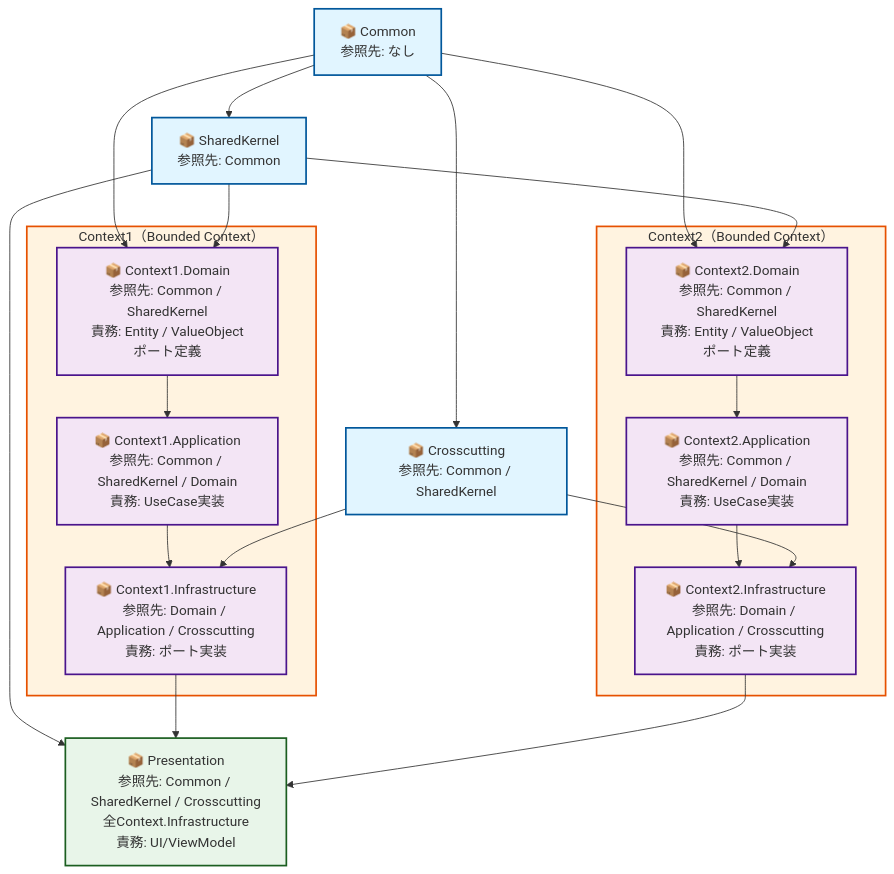
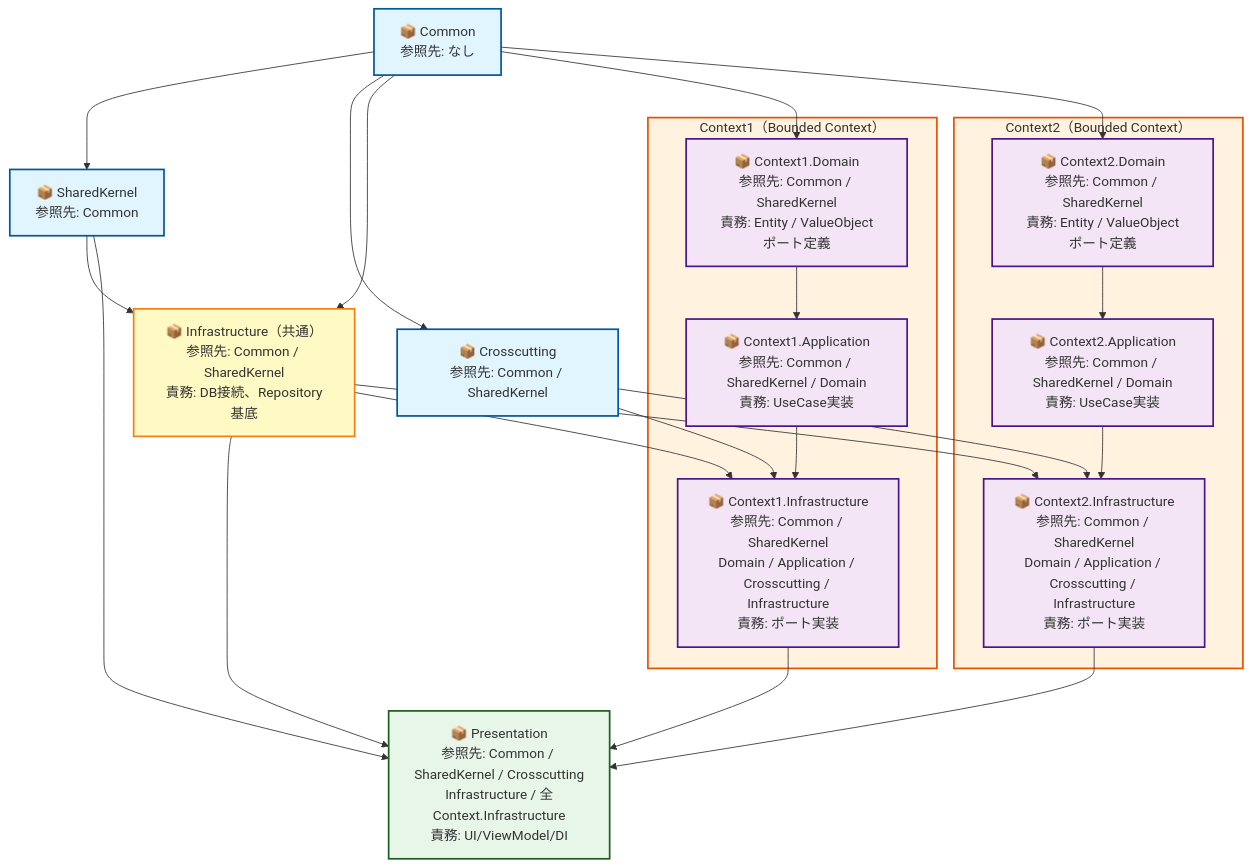
The diagram in AGENTS.md (0310-39yo/SupportAdvance), drawn with Mermaid before and after one commit. The commit also changed other lines of this file and 9 other files, not shown here.

````diff
--- a/AGENTS.md
+++ b/AGENTS.md
@@ -596,47 +639,53 @@
 ```mermaid
 graph TB
     Common["📦 Common<br/>参照先: なし"]
     
     SK["📦 SharedKernel<br/>参照先: Common"]
     CC["📦 Crosscutting<br/>参照先: Common / SharedKernel"]
+    Infra["📦 Infrastructure（共通）<br/>参照先: Common / SharedKernel<br/>責務: DB接続、Repository基底"]
     
     subgraph Context1["Context1（Bounded Context）"]
         D1["📦 Context1.Domain<br/>参照先: Common / SharedKernel<br/>責務: Entity / ValueObject<br/>ポート定義"]
         A1["📦 Context1.Application<br/>参照先: Common / SharedKernel / Domain<br/>責務: UseCase実装"]
-        I1["📦 Context1.Infrastructure<br/>参照先: Domain / Application / Crosscutting<br/>責務: ポート実装"]
+        I1["📦 Context1.Infrastructure<br/>参照先: Common / SharedKernel<br/>Domain / Application / Crosscutting / Infrastructure<br/>責務: ポート実装"]
         D1 --> A1
         A1 --> I1
     end
     
     subgraph Context2["Context2（Bounded Context）"]
         D2["📦 Context2.Domain<br/>参照先: Common / SharedKernel<br/>責務: Entity / ValueObject<br/>ポート定義"]
         A2["📦 Context2.Application<br/>参照先: Common / SharedKernel / Domain<br/>責務: UseCase実装"]
-        I2["📦 Context2.Infrastructure<br/>参照先: Domain / Application / Crosscutting<br/>責務: ポート実装"]
+        I2["📦 Context2.Infrastructure<br/>参照先: Common / SharedKernel<br/>Domain / Application / Crosscutting / Infrastructure<br/>責務: ポート実装"]
         D2 --> A2
         A2 --> I2
     end
     
-    Pres["📦 Presentation<br/>参照先: Common / SharedKernel / Crosscutting<br/>全Context.Infrastructure<br/>責務: UI/ViewModel"]
+    Pres["📦 Presentation<br/>参照先: Common / SharedKernel / Crosscutting<br/>Infrastructure / 全Context.Infrastructure<br/>責務: UI/ViewModel/DI"]
     
     Common --> SK
     Common --> CC
+    Common --> Infra
     Common --> D1
     Common --> D2
-    SK --> D1
-    SK --> D2
+    SK --> Infra
     SK --> Pres
     CC --> I1
     CC --> I2
+    Infra --> I1
+    Infra --> I2
+    Infra --> Pres
     I1 --> Pres
     I2 --> Pres
     
     classDef foundation fill:#e1f5ff,stroke:#01579b,stroke-width:2px
+    classDef infrastructure fill:#fff9c4,stroke:#f57f17,stroke-width:2px
     classDef context fill:#fff3e0,stroke:#e65100,stroke-width:2px
     classDef layer fill:#f3e5f5,stroke:#4a148c,stroke-width:2px
     classDef presentation fill:#e8f5e9,stroke:#1b5e20,stroke-width:2px
     
     class Common,SK,CC foundation
+    class Infra infrastructure
     class Context1,Context2 context
     class D1,A1,I1,D2,A2,I2 layer
     class Pres presentation
 ```
````
